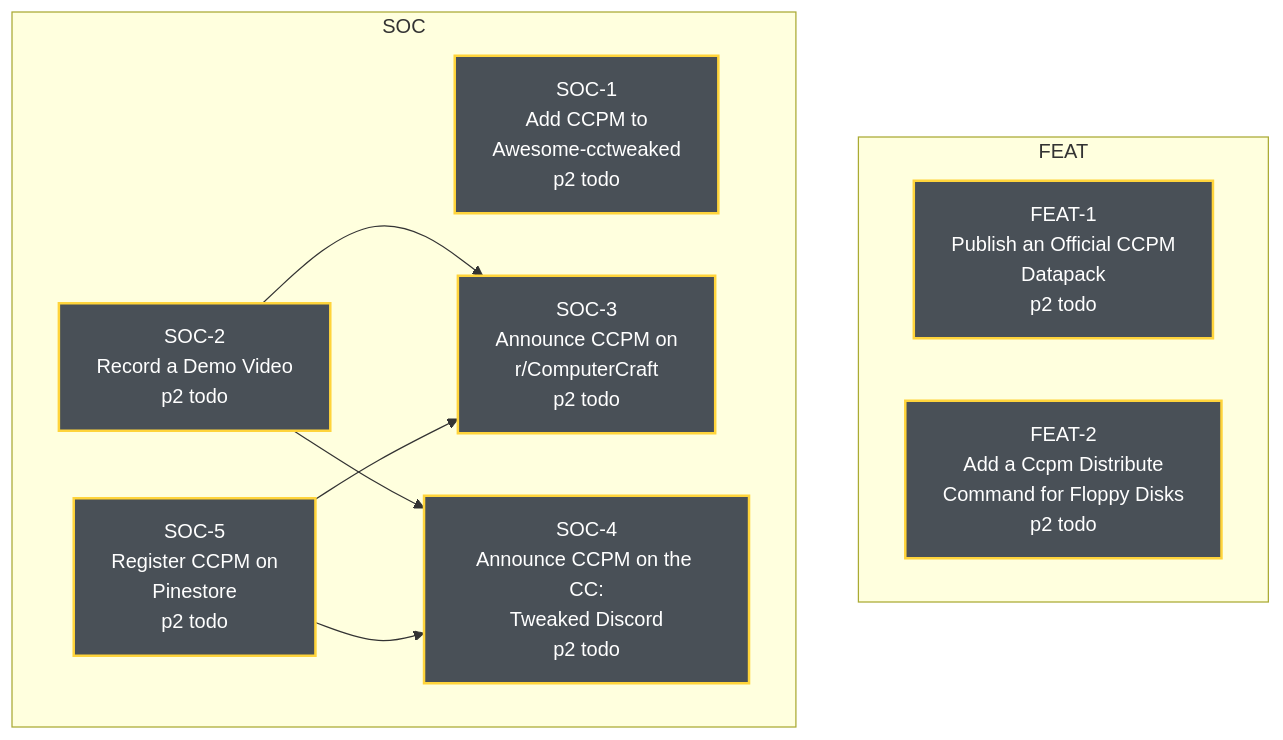
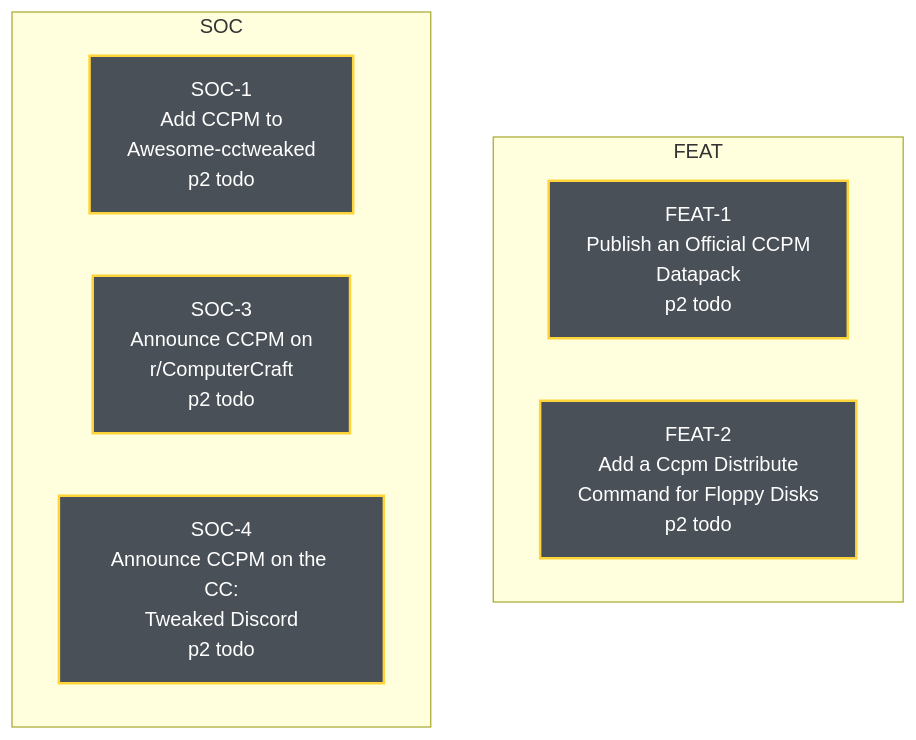
The diagram in roadmap.md (SorcerioTheWizard/ComputerCraft-Package-Manager), drawn with Mermaid before and after one commit. The commit also changed 1 other file, not shown here.

Commit message:
SOC-2 done

````diff
--- a/roadmap.md
+++ b/roadmap.md
@@ -5,20 +5,14 @@
 ```mermaid
 graph TD
   subgraph FEAT
     FEAT_1["FEAT-1<br/>Publish an Official CCPM<br/>Datapack<br/>p2 todo"]
     FEAT_2["FEAT-2<br/>Add a Ccpm Distribute<br/>Command for Floppy Disks<br/>p2 todo"]
   end
   subgraph SOC
     SOC_1["SOC-1<br/>Add CCPM to<br/>Awesome-cctweaked<br/>p2 todo"]
-    SOC_2["SOC-2<br/>Record a Demo Video<br/>p2 todo"]
     SOC_3["SOC-3<br/>Announce CCPM on<br/>r/ComputerCraft<br/>p2 todo"]
     SOC_4["SOC-4<br/>Announce CCPM on the CC:<br/>Tweaked Discord<br/>p2 todo"]
-    SOC_5["SOC-5<br/>Register CCPM on<br/>Pinestore<br/>p2 todo"]
   end
-  SOC_2 --> SOC_3
-  SOC_2 --> SOC_4
-  SOC_5 --> SOC_3
-  SOC_5 --> SOC_4
   classDef todoP2 fill:#495057,color:#fff,stroke:#ffd43b,stroke-width:2px
-  class FEAT_1,FEAT_2,SOC_1,SOC_2,SOC_3,SOC_4,SOC_5 todoP2
+  class FEAT_1,FEAT_2,SOC_1,SOC_3,SOC_4 todoP2
 ```
````
